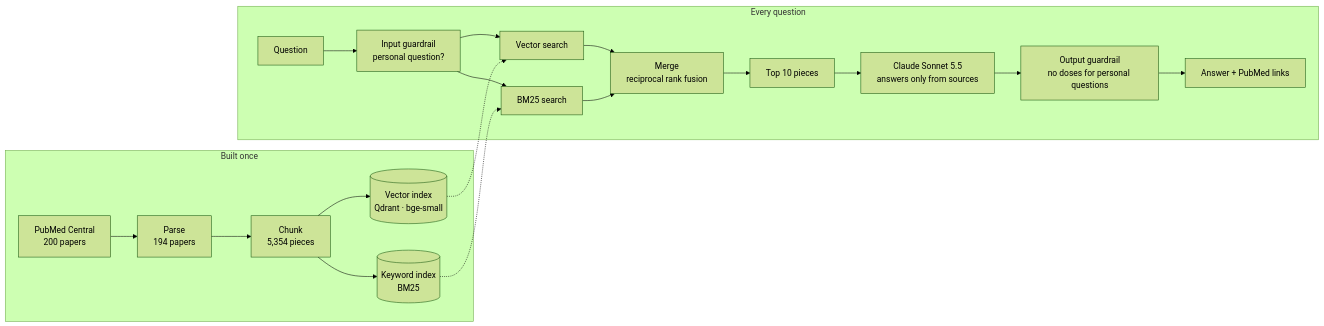
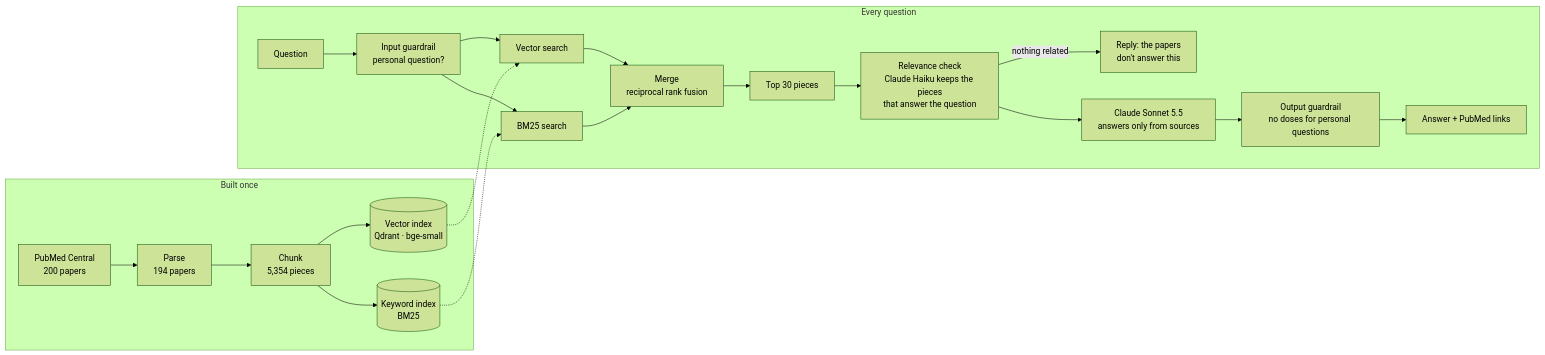
The diagram in README.md (PK2910/CAR-T-CELL-RAG-PROJECT), drawn with Mermaid (forest theme) before and after one commit. The commit also changed other lines of this file and 4 other files, not shown here.

First line of the commit message:
Run the relevance check live in the answer pipeline

````diff
--- a/README.md
+++ b/README.md
@@ -17,22 +18,24 @@
 ```mermaid
 flowchart LR
     subgraph Offline["Built once"]
         A[PubMed Central<br/>200 papers] --> B[Parse<br/>194 papers]
         B --> C[Chunk<br/>5,354 pieces]
         C --> D[(Vector index<br/>Qdrant · bge-small)]
         C --> E[(Keyword index<br/>BM25)]
     end
     subgraph Online["Every question"]
         Q[Question] --> G1[Input guardrail<br/>personal question?]
         G1 --> V[Vector search]
         G1 --> K[BM25 search]
         V --> R[Merge<br/>reciprocal rank fusion]
         K --> R
-        R --> T[Top 10 pieces]
-        T --> L[Claude Sonnet 5.5<br/>answers only from sources]
+        R --> T[Top 30 pieces]
+        T --> RC[Relevance check<br/>Claude Haiku keeps the pieces<br/>that answer the question]
+        RC -->|nothing related| NF[Reply: the papers<br/>don't answer this]
+        RC --> L[Claude Sonnet 5.5<br/>answers only from sources]
         L --> G2[Output guardrail<br/>no doses for personal questions]
         G2 --> OUT[Answer + PubMed links]
     end
     D -.-> V
     E -.-> K
 ```
````
